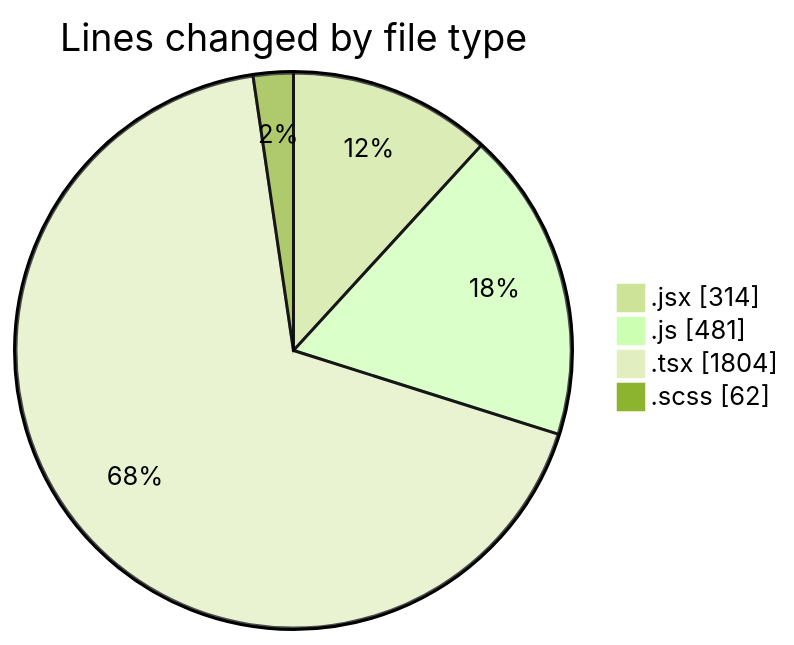
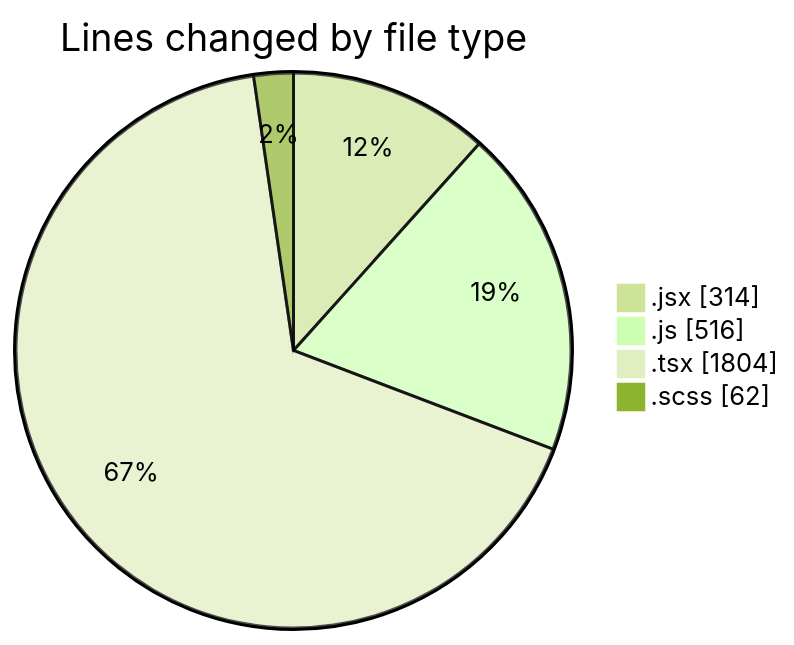
One commit to momahboobian/code-tracking changed the first of 2 diagrams in 2026-02-12/cda/README.md. Above: the diagram before and after it, drawn with Mermaid (forest theme). The commit also changed other lines of this file and 1 other file, not shown here.

````diff
--- a/2026-02-12/cda/README.md
+++ b/2026-02-12/cda/README.md
@@ -27,8 +27,8 @@
 ```mermaid
 pie showData
 title Lines changed by file type
 ".jsx" : 314
-".js" : 481
+".js" : 516
 ".tsx" : 1804
 ".scss" : 62
 ```
````
